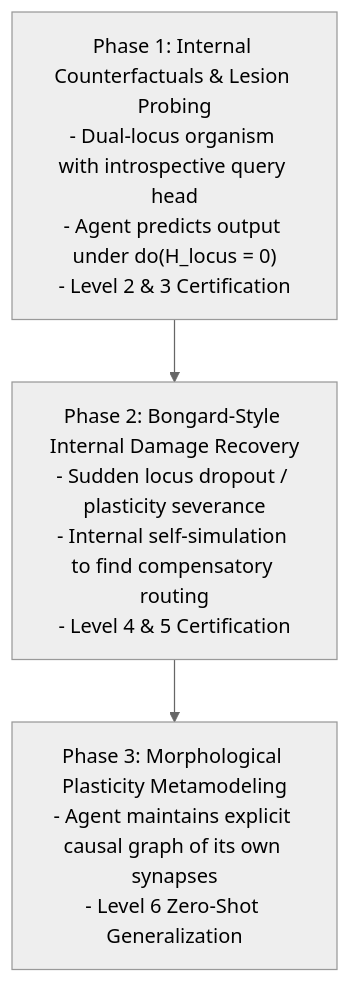
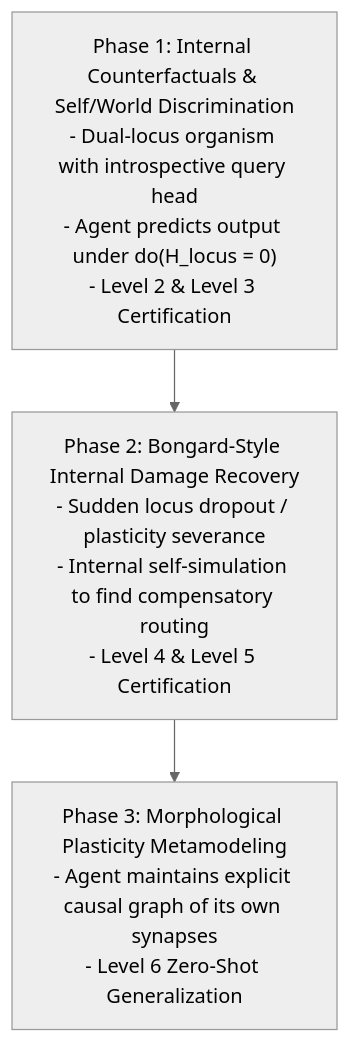
The second of 2 diagrams in docs/reflections/SELF_MODEL_RESEARCH_MAP.md (admiralorbiter/recurrence), drawn with Mermaid (neutral theme) before and after one commit. The commit also changed other lines of this file, not shown here.

Commit message:
docs: apply precision review corrections to Self-Model Research Map

````diff
--- a/docs/reflections/SELF_MODEL_RESEARCH_MAP.md
+++ b/docs/reflections/SELF_MODEL_RESEARCH_MAP.md
@@ -95,10 +95,10 @@
 ```mermaid
 graph TD
-    P1["Phase 1: Internal Counterfactuals & Lesion Probing<br/>- Dual-locus organism with introspective query head<br/>- Agent predicts output under do(H_locus = 0)<br/>- Level 2 & 3 Certification"]
+    P1["Phase 1: Internal Counterfactuals & Self/World Discrimination<br/>- Dual-locus organism with introspective query head<br/>- Agent predicts output under do(H_locus = 0)<br/>- Level 2 & Level 3 Certification"]
     
-    P2["Phase 2: Bongard-Style Internal Damage Recovery<br/>- Sudden locus dropout / plasticity severance<br/>- Internal self-simulation to find compensatory routing<br/>- Level 4 & 5 Certification"]
+    P2["Phase 2: Bongard-Style Internal Damage Recovery<br/>- Sudden locus dropout / plasticity severance<br/>- Internal self-simulation to find compensatory routing<br/>- Level 4 & Level 5 Certification"]
     
     P3["Phase 3: Morphological Plasticity Metamodeling<br/>- Agent maintains explicit causal graph of its own synapses<br/>- Level 6 Zero-Shot Generalization"]
     
     P1 --> P2 --> P3
 ```
````
